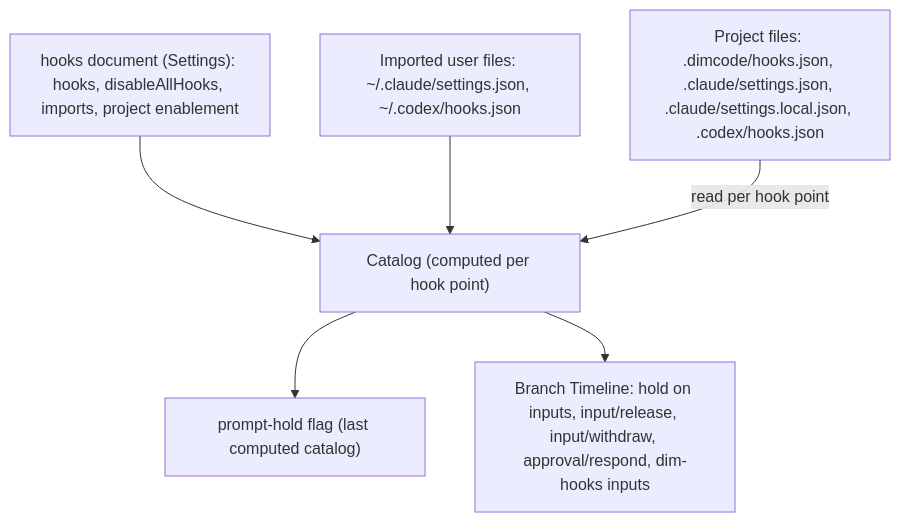
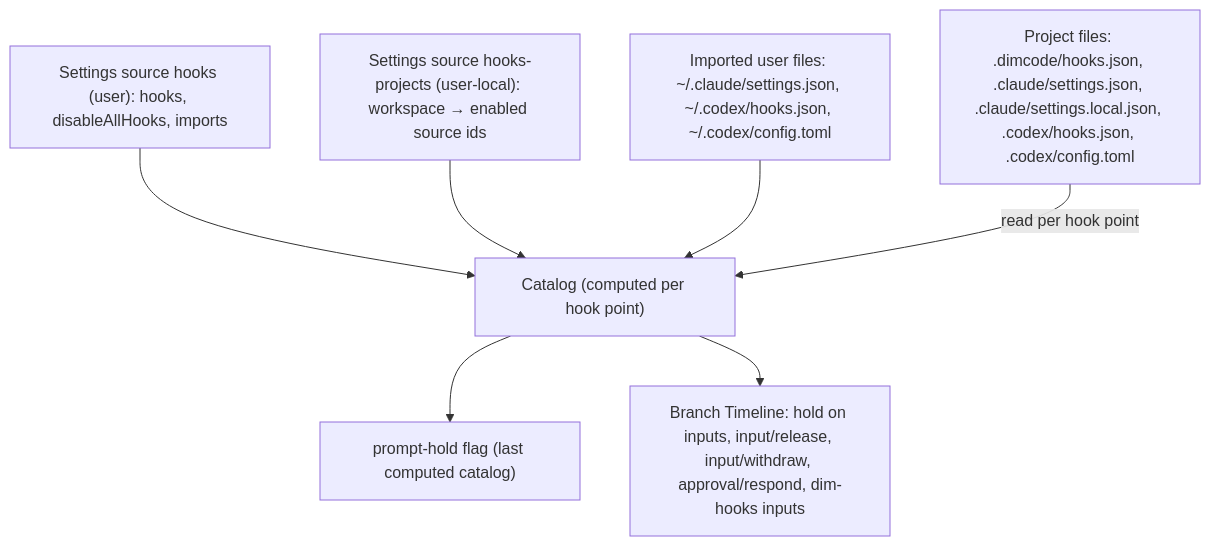
Before and after one commit to CoutinhoTTS/dim-agent: the second of 6 diagrams in docs/design/plugins/Hooks.md, drawn with Mermaid. The commit also changed other lines of this file and 3 other files, not shown here.

````diff
--- a/docs/design/plugins/Hooks.md
+++ b/docs/design/plugins/Hooks.md
@@ -67,14 +88,16 @@
 ```mermaid
 flowchart TB
-  User["hooks document (Settings): hooks, disableAllHooks, imports, project enablement"]
-  Compat["Imported user files: ~/.claude/settings.json, ~/.codex/hooks.json"]
-  Proj["Project files: .dimcode/hooks.json, .claude/settings.json, .claude/settings.local.json, .codex/hooks.json"]
+  User["Settings source hooks (user): hooks, disableAllHooks, imports"]
+  Enable["Settings source hooks-projects (user-local): workspace → enabled source ids"]
+  Compat["Imported user files: ~/.claude/settings.json, ~/.codex/hooks.json, ~/.codex/config.toml"]
+  Proj["Project files: .dimcode/hooks.json, .claude/settings.json, .claude/settings.local.json, .codex/hooks.json, .codex/config.toml"]
   Cat["Catalog (computed per hook point)"]
   Snap["prompt-hold flag (last computed catalog)"]
   TL["Branch Timeline: hold on inputs, input/release, input/withdraw, approval/respond, dim-hooks inputs"]
   User --> Cat
+  Enable --> Cat
   Compat --> Cat
   Proj -->|"read per hook point"| Cat
   Cat --> Snap
   Cat --> TL
 ```
````
